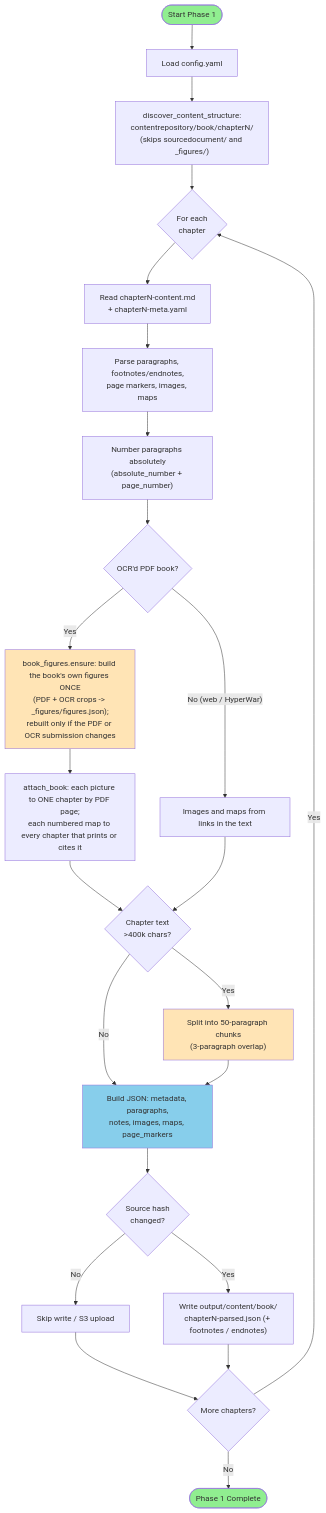
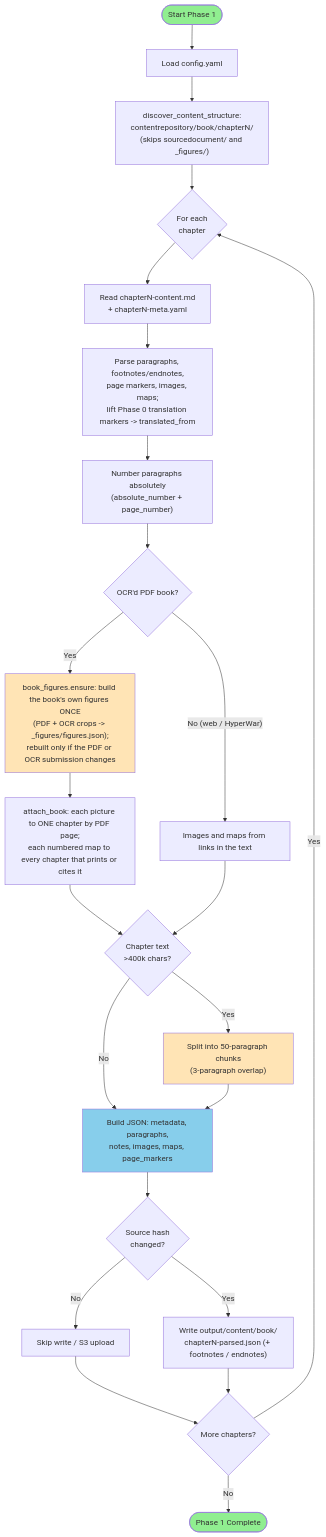
One commit to elasticfusion/SecondWorldWarAsData changed the second of 12 diagrams in docs/current/core/WORKFLOW_DIAGRAMS.md. Above: the diagram before and after it, drawn with Mermaid. The commit also changed other lines of this file and 117 other files, not shown here.

````diff
--- a/docs/current/core/WORKFLOW_DIAGRAMS.md
+++ b/docs/current/core/WORKFLOW_DIAGRAMS.md
@@ -52,35 +52,35 @@
 ```mermaid
 flowchart TD
     Start([Start Phase 1]) --> LoadConfig[Load config.yaml]
     LoadConfig --> Discover["discover_content_structure:<br/>contentrepository/book/chapterN/<br/>(skips sourcedocument/ and _figures/)"]
     Discover --> ForEach{For each<br/>chapter}
     ForEach --> ReadMD["Read chapterN-content.md<br/>+ chapterN-meta.yaml"]
-    ReadMD --> ParseChapters["Parse paragraphs, footnotes/endnotes,<br/>page markers, images, maps"]
+    ReadMD --> ParseChapters["Parse paragraphs, footnotes/endnotes,<br/>page markers, images, maps;<br/>lift Phase 0 translation markers -> translated_from"]
     ParseChapters --> NumberParas["Number paragraphs absolutely<br/>(absolute_number + page_number)"]
 
     NumberParas --> OCR{"OCR'd PDF book?"}
     OCR -->|Yes| Figures["book_figures.ensure: build the book's own figures ONCE<br/>(PDF + OCR crops -> _figures/figures.json);<br/>rebuilt only if the PDF or OCR submission changes"]
     OCR -->|"No (web / HyperWar)"| Links["Images and maps from links in the text"]
     Figures --> Attach["attach_book: each picture to ONE chapter by PDF page;<br/>each numbered map to every chapter that prints or cites it"]
     Attach --> SizeCheck
     Links --> SizeCheck
 
     SizeCheck{"Chapter text<br/>>400k chars?"}
     SizeCheck -->|Yes| AutoSplit["Split into 50-paragraph chunks<br/>(3-paragraph overlap)"]
     SizeCheck -->|No| BuildJSON
     AutoSplit --> BuildJSON
 
     BuildJSON["Build JSON: metadata, paragraphs,<br/>notes, images, maps, page_markers"] --> Hash{"Source hash<br/>changed?"}
     Hash -->|No| Skip["Skip write / S3 upload"]
     Hash -->|Yes| WriteOutput["Write output/content/book/<br/>chapterN-parsed.json (+ footnotes / endnotes)"]
     Skip --> NextFile
     WriteOutput --> NextFile{More chapters?}
     NextFile -->|Yes| ForEach
     NextFile -->|No| End([Phase 1 Complete])
 
     style Start fill:#90EE90
     style End fill:#90EE90
     style AutoSplit fill:#FFE4B5
     style Figures fill:#FFE4B5
     style BuildJSON fill:#87CEEB
 ```
````
